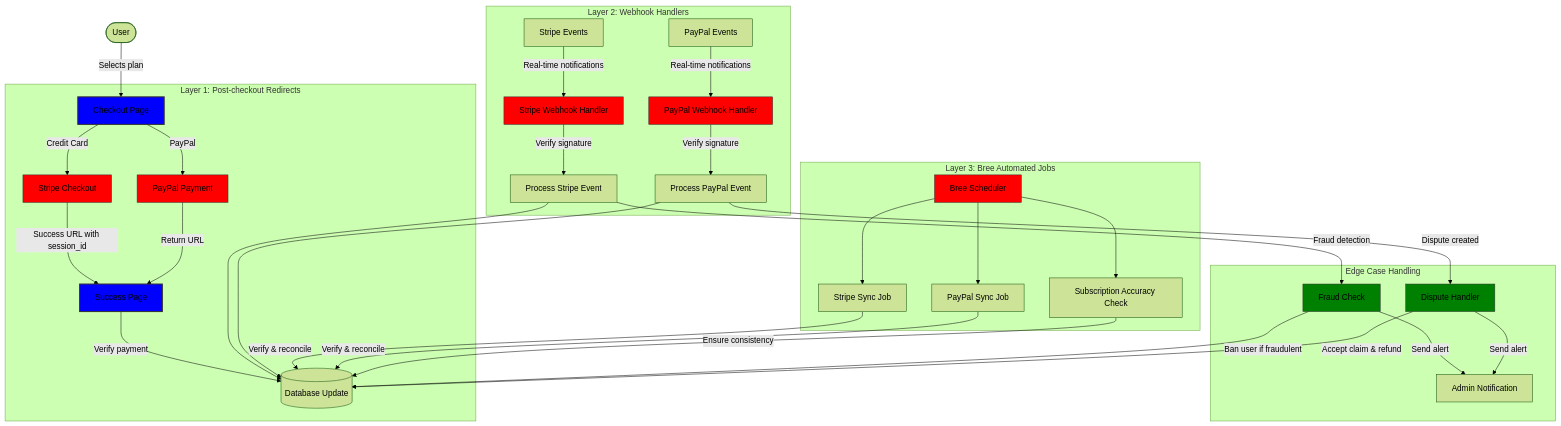
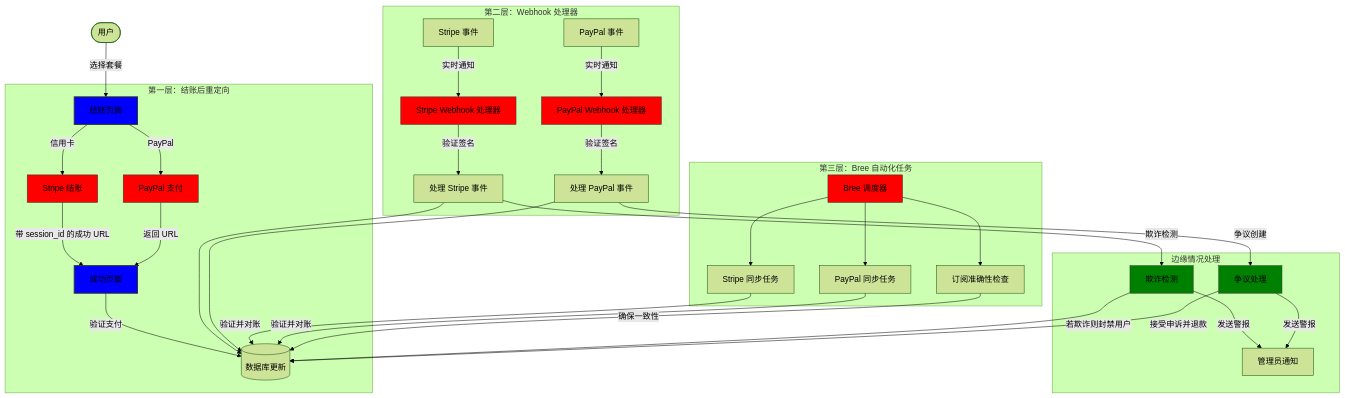
Before and after one commit to forwardemail/forwardemail.net: the first of 7 diagrams in app/views/docs/building-reliable-payment-system-stripe-paypal/index-zh.md, drawn with Mermaid (forest theme). The commit also changed other lines of this file and 1055 other files, not shown here.

````diff
--- a/app/views/docs/building-reliable-payment-system-stripe-paypal/index-zh.md
+++ b/app/views/docs/building-reliable-payment-system-stripe-paypal/index-zh.md
@@ -53,59 +57,59 @@
 ```mermaid
 flowchart TD
-    User([User]) --> |Selects plan| Checkout[Checkout Page]
+    User([用户]) --> |选择套餐| Checkout[结账页面]
 
-    %% Layer 1: Post-checkout redirects
-    subgraph "Layer 1: Post-checkout Redirects"
-        Checkout --> |Credit Card| Stripe[Stripe Checkout]
-        Checkout --> |PayPal| PayPal[PayPal Payment]
+    %% 第一层：结账后重定向
+    subgraph "第一层：结账后重定向"
+        Checkout --> |信用卡| Stripe[Stripe 结账]
+        Checkout --> |PayPal| PayPal[PayPal 支付]
 
-        Stripe --> |Success URL with session_id| SuccessPage[Success Page]
-        PayPal --> |Return URL| SuccessPage
+        Stripe --> |带 session_id 的成功 URL| SuccessPage[成功页面]
+        PayPal --> |返回 URL| SuccessPage
 
-        SuccessPage --> |Verify payment| Database[(Database Update)]
+        SuccessPage --> |验证支付| Database[(数据库更新)]
     end
 
-    %% Layer 2: Webhooks
-    subgraph "Layer 2: Webhook Handlers"
-        StripeEvents[Stripe Events] --> |Real-time notifications| StripeWebhook[Stripe Webhook Handler]
-        PayPalEvents[PayPal Events] --> |Real-time notifications| PayPalWebhook[PayPal Webhook Handler]
+    %% 第二层：Webhook
+    subgraph "第二层：Webhook 处理器"
+        StripeEvents[Stripe 事件] --> |实时通知| StripeWebhook[Stripe Webhook 处理器]
+        PayPalEvents[PayPal 事件] --> |实时通知| PayPalWebhook[PayPal Webhook 处理器]
 
-        StripeWebhook --> |Verify signature| ProcessStripeEvent[Process Stripe Event]
-        PayPalWebhook --> |Verify signature| ProcessPayPalEvent[Process PayPal Event]
+        StripeWebhook --> |验证签名| ProcessStripeEvent[处理 Stripe 事件]
+        PayPalWebhook --> |验证签名| ProcessPayPalEvent[处理 PayPal 事件]
 
         ProcessStripeEvent --> Database
         ProcessPayPalEvent --> Database
     end
 
-    %% Layer 3: Automated jobs
-    subgraph "Layer 3: Bree Automated Jobs"
-        BreeScheduler[Bree Scheduler] --> StripeSync[Stripe Sync Job]
-        BreeScheduler --> PayPalSync[PayPal Sync Job]
-        BreeScheduler --> AccuracyCheck[Subscription Accuracy Check]
+    %% 第三层：自动化任务
+    subgraph "第三层：Bree 自动化任务"
+        BreeScheduler[Bree 调度器] --> StripeSync[Stripe 同步任务]
+        BreeScheduler --> PayPalSync[PayPal 同步任务]
+        BreeScheduler --> AccuracyCheck[订阅准确性检查]
 
-        StripeSync --> |Verify & reconcile| Database
-        PayPalSync --> |Verify & reconcile| Database
-        AccuracyCheck --> |Ensure consistency| Database
+        StripeSync --> |验证并对账| Database
+        PayPalSync --> |验证并对账| Database
+        AccuracyCheck --> |确保一致性| Database
     end
 
-    %% Edge cases
-    subgraph "Edge Case Handling"
-        ProcessStripeEvent --> |Fraud detection| FraudCheck[Fraud Check]
-        ProcessPayPalEvent --> |Dispute created| DisputeHandler[Dispute Handler]
+    %% 边缘情况
+    subgraph "边缘情况处理"
+        ProcessStripeEvent --> |欺诈检测| FraudCheck[欺诈检测]
+        ProcessPayPalEvent --> |争议创建| DisputeHandler[争议处理]
 
-        FraudCheck --> |Ban user if fraudulent| Database
-        DisputeHandler --> |Accept claim & refund| Database
+        FraudCheck --> |若欺诈则封禁用户| Database
+        DisputeHandler --> |接受申诉并退款| Database
 
-        FraudCheck --> |Send alert| AdminNotification[Admin Notification]
-        DisputeHandler --> |Send alert| AdminNotification
+        FraudCheck --> |发送警报| AdminNotification[管理员通知]
+        DisputeHandler --> |发送警报| AdminNotification
     end
 
-    %% Style definitions
+    %% 样式定义
     classDef primary fill:blue,stroke:#333,stroke-width:2px;
     classDef secondary fill:red,stroke:#333,stroke-width:1px;
     classDef tertiary fill:green,stroke:#333,stroke-width:1px;
 
     class Checkout,SuccessPage primary;
     class Stripe,PayPal,StripeWebhook,PayPalWebhook,BreeScheduler secondary;
     class FraudCheck,DisputeHandler tertiary;
 ```
````
